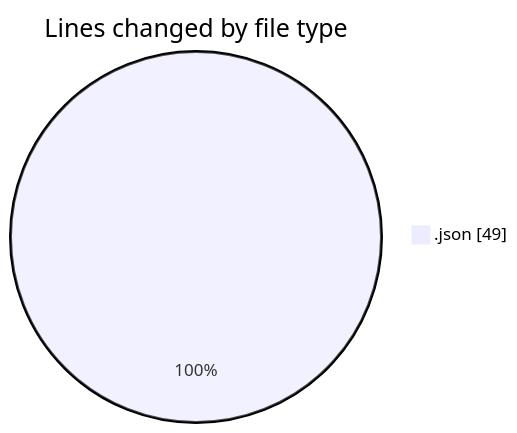
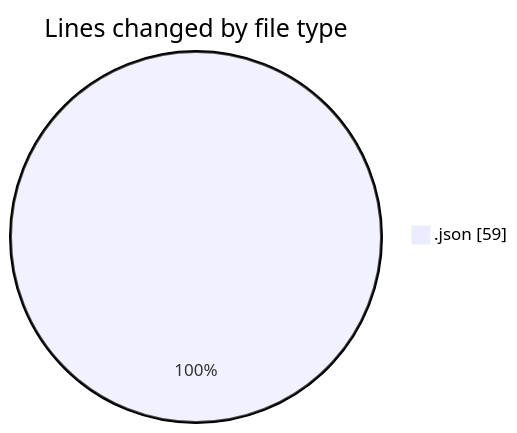
The first of 2 diagrams in 2026-02-02/singularitybrainai/README.md (tmsrecording-cyber/code-tracking), drawn with Mermaid before and after one commit. The commit also changed other lines of this file and 1 other file, not shown here.

````diff
--- a/2026-02-02/singularitybrainai/README.md
+++ b/2026-02-02/singularitybrainai/README.md
@@ -20,5 +20,5 @@
 ```mermaid
 pie showData
 title Lines changed by file type
-".json" : 49
+".json" : 59
 ```
````
